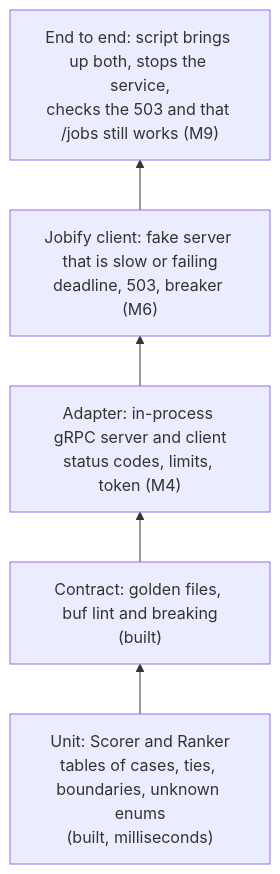
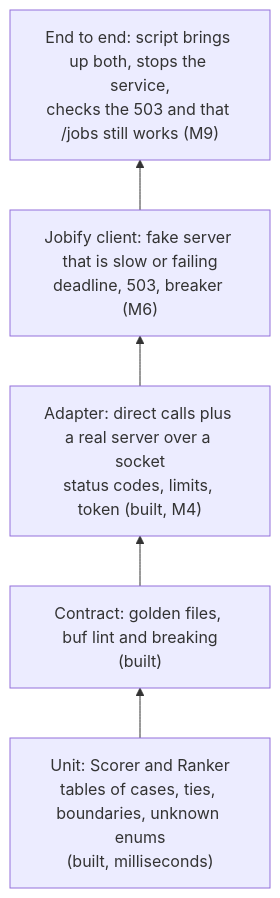
One commit to covenant-alliance/jobify changed diagram 13 of 13 in docs/MATCHING_ARCHITECTURE.md. Above: the diagram before and after it, drawn with Mermaid. The commit also changed other lines of this file and 14 other files, not shown here.

````diff
--- a/docs/MATCHING_ARCHITECTURE.md
+++ b/docs/MATCHING_ARCHITECTURE.md
@@ -450,9 +455,9 @@
 ```mermaid
 flowchart BT
     T1["Unit: Scorer and Ranker<br/>tables of cases, ties, boundaries, unknown enums<br/>(built, milliseconds)"]
     T2["Contract: golden files, buf lint and breaking<br/>(built)"]
-    T3["Adapter: in-process gRPC server and client<br/>status codes, limits, token (M4)"]
+    T3["Adapter: direct calls plus a real server over a socket<br/>status codes, limits, token (built, M4)"]
     T4["Jobify client: fake server that is slow or failing<br/>deadline, 503, breaker (M6)"]
     T5["End to end: script brings up both, stops the service,<br/>checks the 503 and that /jobs still works (M9)"]
     T1 --> T2 --> T3 --> T4 --> T5
 ```
````
